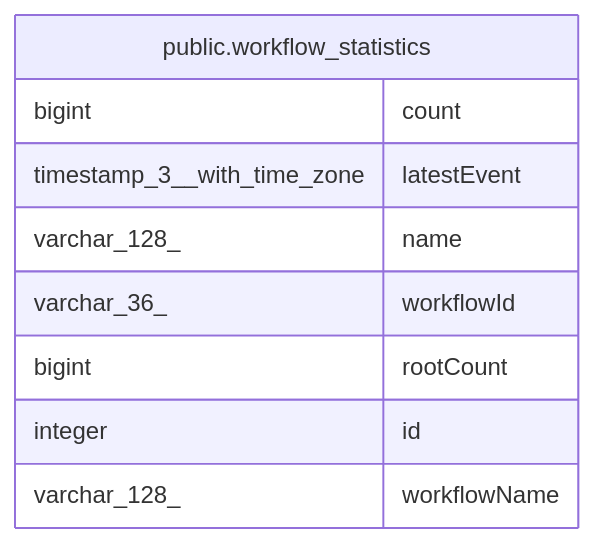
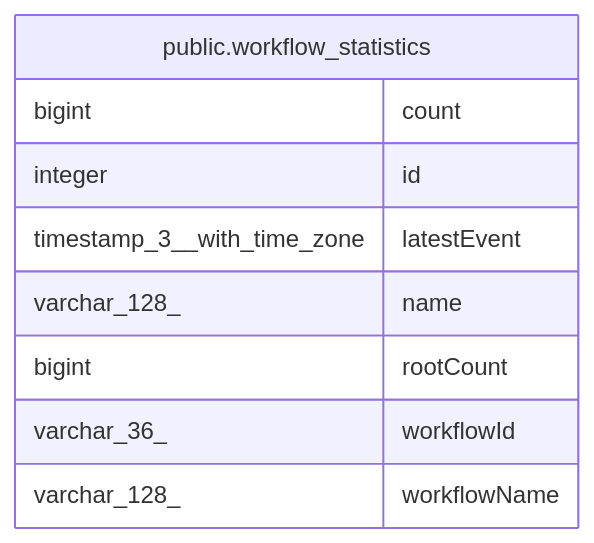
Before and after one commit to mayankjain1815-commits/n8n: the diagram in docs/generated/postgres-schema/public.workflow_statistics.md, drawn with Mermaid. The commit also changed other lines of this file and 221 other files, not shown here.

Commit message:
chore(core): Make DB schema docs generation deterministic (#32373)

````diff
--- a/docs/generated/postgres-schema/public.workflow_statistics.md
+++ b/docs/generated/postgres-schema/public.workflow_statistics.md
@@ -33,14 +33,14 @@
 ```mermaid
 erDiagram
 
 
 "public.workflow_statistics" {
   bigint count
+  integer id
   timestamp_3__with_time_zone latestEvent
   varchar_128_ name
+  bigint rootCount
   varchar_36_ workflowId
-  bigint rootCount
-  integer id
   varchar_128_ workflowName
 }
 ```
````
